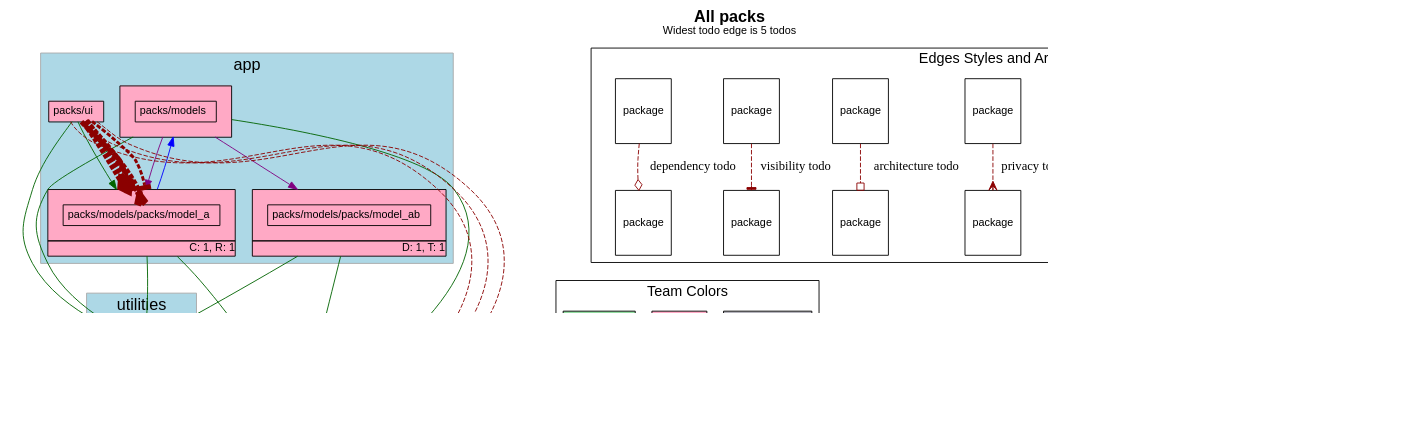
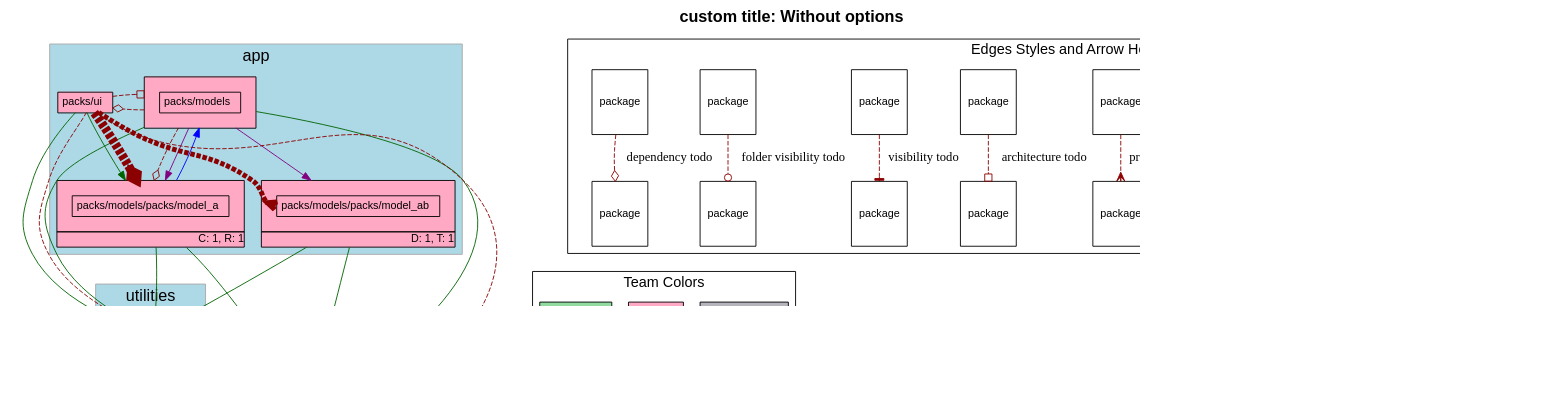
The diagram in spec/sample_app1/test_output/plain.dot (rubyatscale/visualize_packs), drawn with Graphviz before and after one commit. The commit also changed 28 other files, not shown here.

First line of the commit message:
Folder visibility added (#58)

```diff
--- a/spec/sample_app1/test_output/plain.dot
+++ b/spec/sample_app1/test_output/plain.dot
@@ -5,7 +5,7 @@
     fontname="Helvetica,Arial,sans-serif"
     dpi=100
     layout=dot
-    label=<<b>All packs</b><br/><font point-size='12'>Widest todo edge is 5 todos</font>>
+    label=<<b>custom title: Without options</b>>
     fontsize=18
   ]
   node [
@@ -144,41 +144,41 @@
           "packs/models/packs/model_ab" -> "." [ color=darkgreen ]
           "packs/ui" -> "packs/models/packs/model_a" [ color=darkgreen ]
           "packs/ui" -> "packs/utility" [ color=darkgreen ]
-            "packs/ui" -> "." [
+            "packs/models" -> "packs/ui" [
+                constraint=false
+              # headlabel="dependency"
+color=darkred style=dashed arrowhead=odiamond
+              penwidth=1.0            ]
+            "packs/models" -> "packs/models/packs/model_a" [
                 constraint=false
               # headlabel="dependency"
 color=darkred style=dashed arrowhead=odiamond
               penwidth=1.0            ]
             "packs/ui" -> "." [
                 constraint=false
-              # headlabel="architecture"
-color=darkred style=dashed arrowhead=obox
+              # headlabel="folder_visibility"
+color=darkred style=dashed arrowhead=odot
               penwidth=1.0            ]
-            "packs/ui" -> "." [
+            "packs/ui" -> "packs/utility" [
                 constraint=false
               # headlabel="visibility"
 color=darkred style=dashed arrowhead=tee
+              penwidth=1.0            ]
+            "packs/ui" -> "packs/models" [
+                constraint=false
+              # headlabel="architecture"
+color=darkred style=dashed arrowhead=obox
               penwidth=1.0            ]
             "packs/ui" -> "packs/models/packs/model_a" [
                 constraint=false
               # headlabel="dependency"
 color=darkred style=dashed arrowhead=odiamond
               penwidth=10.0            ]
-            "packs/ui" -> "packs/models/packs/model_a":private [
+            "packs/ui" -> "packs/models/packs/model_ab":private [
                 constraint=false
               # headlabel="privacy"
 color=darkred style=dashed arrowhead=crow
-              penwidth=7.75            ]
-            "packs/ui" -> "packs/models/packs/model_a" [
-                constraint=false
-              # headlabel="architecture"
-color=darkred style=dashed arrowhead=obox
               penwidth=5.5            ]
-            "packs/ui" -> "packs/models/packs/model_a" [
-                constraint=false
-              # headlabel="visibility"
-color=darkred style=dashed arrowhead=tee
-              penwidth=3.25            ]
           "packs/models" -> "packs/models/packs/model_a" [ color=purple ]
           "packs/models" -> "packs/models/packs/model_ab" [ color=purple ]
         "packs/models/packs/model_a" -> "packs/models" [ color=blue constraint=false ]
@@ -188,12 +188,12 @@
       A [ fontsize=12 shape=box label="package"]
       B [ fontsize=12 shape=box label="package"]
       A -> B [label="accepted dependency" color=darkgreen]
-      K [ fontsize=12 shape=box label="package"]
-      L [ fontsize=12 shape=box label="package"]
-      K -> L [label="nested package" color=purple]
       M [ fontsize=12 shape=box label="package"]
       N [ fontsize=12 shape=box label="package"]
-      M -> N [label="visibile to" color=blue]
+      M -> N [label="nested package" color=purple]
+      O [ fontsize=12 shape=box label="package"]
+      P [ fontsize=12 shape=box label="package"]
+      O -> P [label="visibile to" color=blue]
       C [ fontsize=12 shape=box label="package"]
       D [ fontsize=12 shape=box label="package"]
       C -> D [label="privacy todo" color=darkred style=dashed arrowhead=crow]
@@ -205,7 +205,10 @@
       G -> H [label="visibility todo" color=darkred style=dashed arrowhead=tee]
       I [ fontsize=12 shape=box label="package"]
       J [ fontsize=12 shape=box label="package"]
-      I -> J [label="dependency todo" color=darkred style=dashed arrowhead=odiamond]
+      I -> J [label="folder visibility todo" color=darkred style=dashed arrowhead=odot]
+      K [ fontsize=12 shape=box label="package"]
+      L [ fontsize=12 shape=box label="package"]
+      K -> L [label="dependency todo" color=darkred style=dashed arrowhead=odiamond]
       LEGEND_NODE_1 [ label="" peripheries=0 height=0 width=0 style=invis ]
       LEGEND_NODE_2 [ label="" peripheries=0 height=0 width=0 style=invis ]
       LEGEND_NODE_1 -> LEGEND_NODE_2 [ style=invis ]
```
